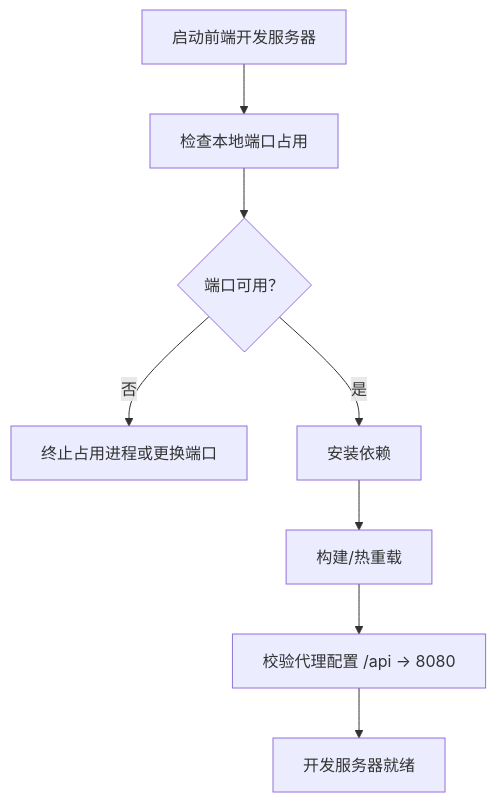
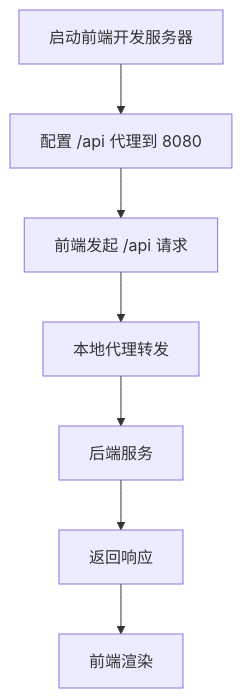
Before and after one commit to alexy2008/TimeCapsule: the fifth of 6 diagrams in .qoder/repowiki/zh/content/故障排除.md, drawn with Mermaid. The commit also changed other lines of this file and 247 other files, not shown here.

````diff
--- a/.qoder/repowiki/zh/content/故障排除.md
+++ b/.qoder/repowiki/zh/content/故障排除.md
@@ -186,10 +206,9 @@
 ```mermaid
 flowchart TD
-DevStart["启动前端开发服务器"] --> PortCheck["检查本地端口占用"]
-PortCheck --> PortOK{"端口可用？"}
-PortOK -- "否" --> KillProc["终止占用进程或更换端口"]
-PortOK -- "是" --> InstallDeps["安装依赖"]
-InstallDeps --> BuildDev["构建/热重载"]
-BuildDev --> ProxyCfg["校验代理配置 /api -> 8080"]
-ProxyCfg --> Ready["开发服务器就绪"]
+DevStart["启动前端开发服务器"] --> ProxyCfg["配置 /api 代理到 8080"]
+ProxyCfg --> Request["前端发起 /api 请求"]
+Request --> LocalProxy["本地代理转发"]
+LocalProxy --> Backend["后端服务"]
+Backend --> Response["返回响应"]
+Response --> Frontend["前端渲染"]
 ```
````
